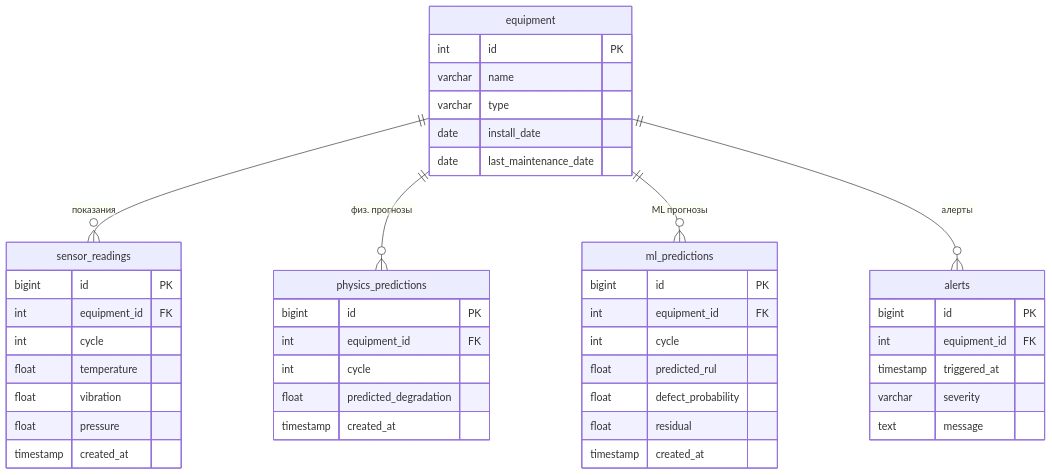
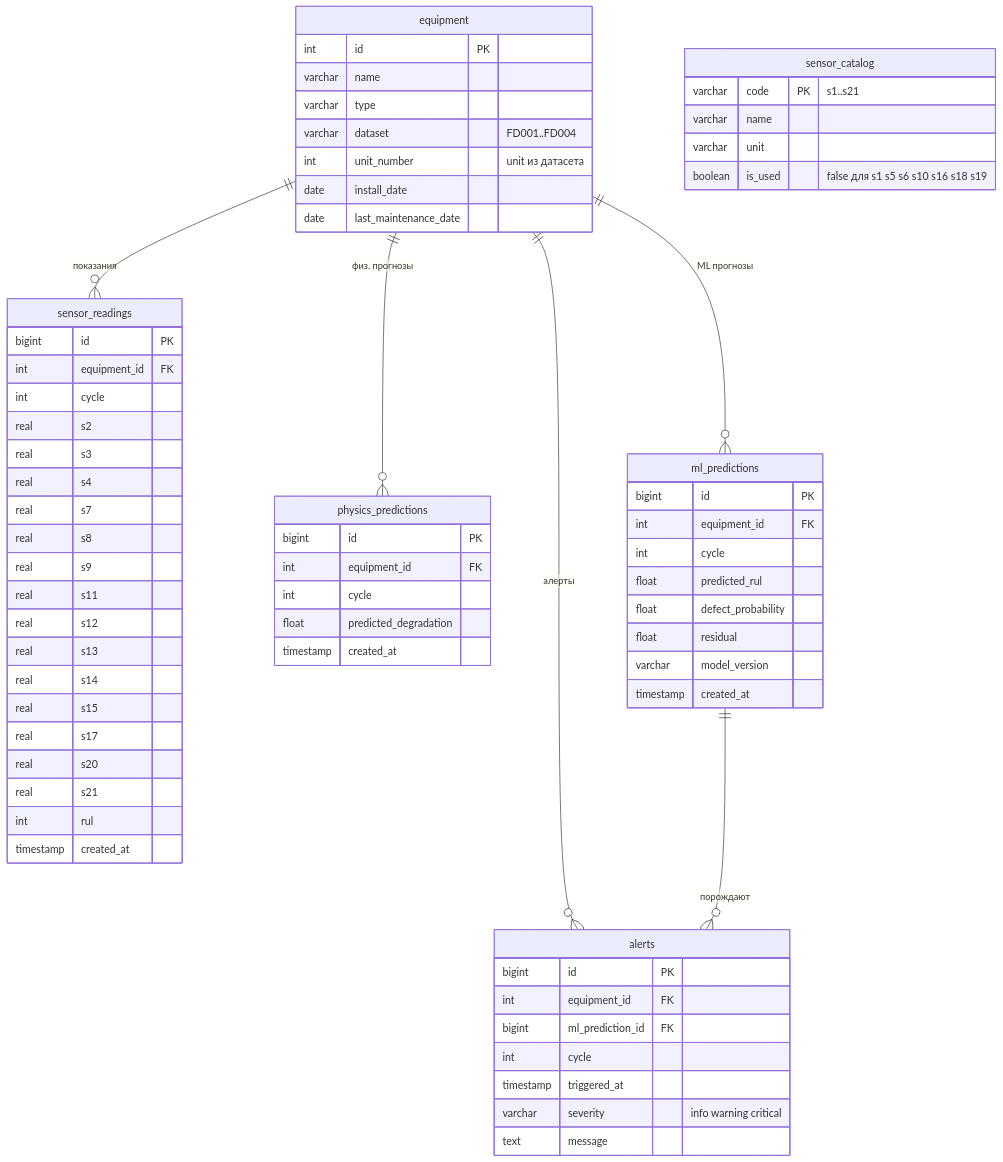
The diagram in README.md (treadwave/predictive-ml-model), drawn with Mermaid before and after one commit. The commit also changed other lines of this file, not shown here.

````diff
--- a/README.md
+++ b/README.md
@@ -89,51 +153,76 @@
 ```mermaid
 erDiagram
     equipment ||--o{ sensor_readings : "показания"
     equipment ||--o{ physics_predictions : "физ. прогнозы"
     equipment ||--o{ ml_predictions : "ML прогнозы"
     equipment ||--o{ alerts : "алерты"
+    ml_predictions ||--o{ alerts : "порождают"
 
     equipment {
         int id PK
         varchar name
         varchar type
+        varchar dataset "FD001..FD004"
+        int unit_number "unit из датасета"
         date install_date
         date last_maintenance_date
+    }
+
+    sensor_catalog {
+        varchar code PK "s1..s21"
+        varchar name
+        varchar unit
+        boolean is_used "false для s1 s5 s6 s10 s16 s18 s19"
     }
 
     sensor_readings {
         bigint id PK
         int equipment_id FK
         int cycle
-        float temperature
-        float vibration
-        float pressure
+        real s2
+        real s3
+        real s4
+        real s7
+        real s8
+        real s9
+        real s11
+        real s12
+        real s13
+        real s14
+        real s15
+        real s17
+        real s20
+        real s21
+        int rul
         timestamp created_at
     }
 
     physics_predictions {
         bigint id PK
         int equipment_id FK
         int cycle
         float predicted_degradation
         timestamp created_at
     }
 
     ml_predictions {
         bigint id PK
         int equipment_id FK
         int cycle
         float predicted_rul
         float defect_probability
         float residual
+        varchar model_version
         timestamp created_at
     }
 
     alerts {
         bigint id PK
         int equipment_id FK
+        bigint ml_prediction_id FK
+        int cycle
         timestamp triggered_at
-        varchar severity
+        varchar severity "info warning critical"
         text message
     }
 ```
````
